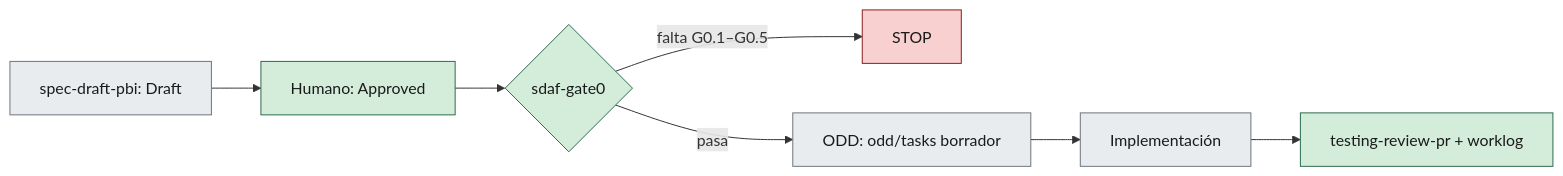
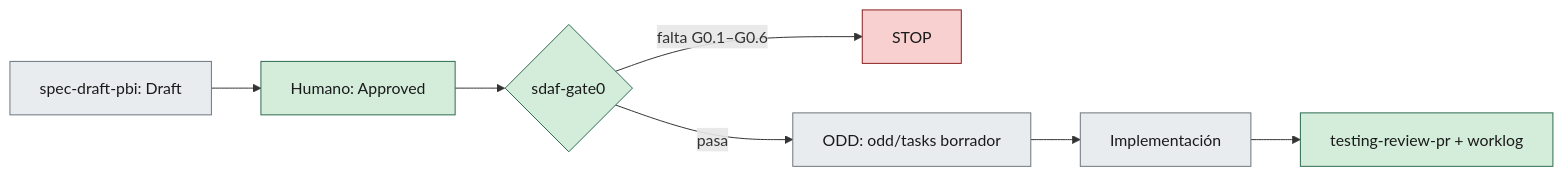
Before and after one commit to Cyberdine-Systems-Corporation/sdaf-core: the first of 2 diagrams in docs/integracion-gentle-ai.md, drawn with Mermaid. The commit also changed 8 other files, not shown here.

````diff
--- a/docs/integracion-gentle-ai.md
+++ b/docs/integracion-gentle-ai.md
@@ -128,15 +128,15 @@
 ```mermaid
 flowchart LR
   Spec[spec-draft-pbi: Draft] --> Humano[Humano: Approved]
   Humano --> G0{sdaf-gate0}
-  G0 -->|falta G0.1–G0.5| Stop[STOP]
+  G0 -->|falta G0.1–G0.6| Stop[STOP]
   G0 -->|pasa| ODD[ODD: odd/tasks borrador]
   ODD --> Impl[Implementación]
   Impl --> Rev[testing-review-pr + worklog]
   classDef ok fill:#d4edda,stroke:#2d6a4f,color:#1a1a1a;
   classDef stop fill:#f8d0d0,stroke:#8b1e1e,color:#1a1a1a;
   classDef stub fill:#e9ecef,stroke:#6c757d,color:#1a1a1a;
   class Humano,G0,Rev ok
   class Stop stop
   class Spec,ODD,Impl stub
 ```
````
